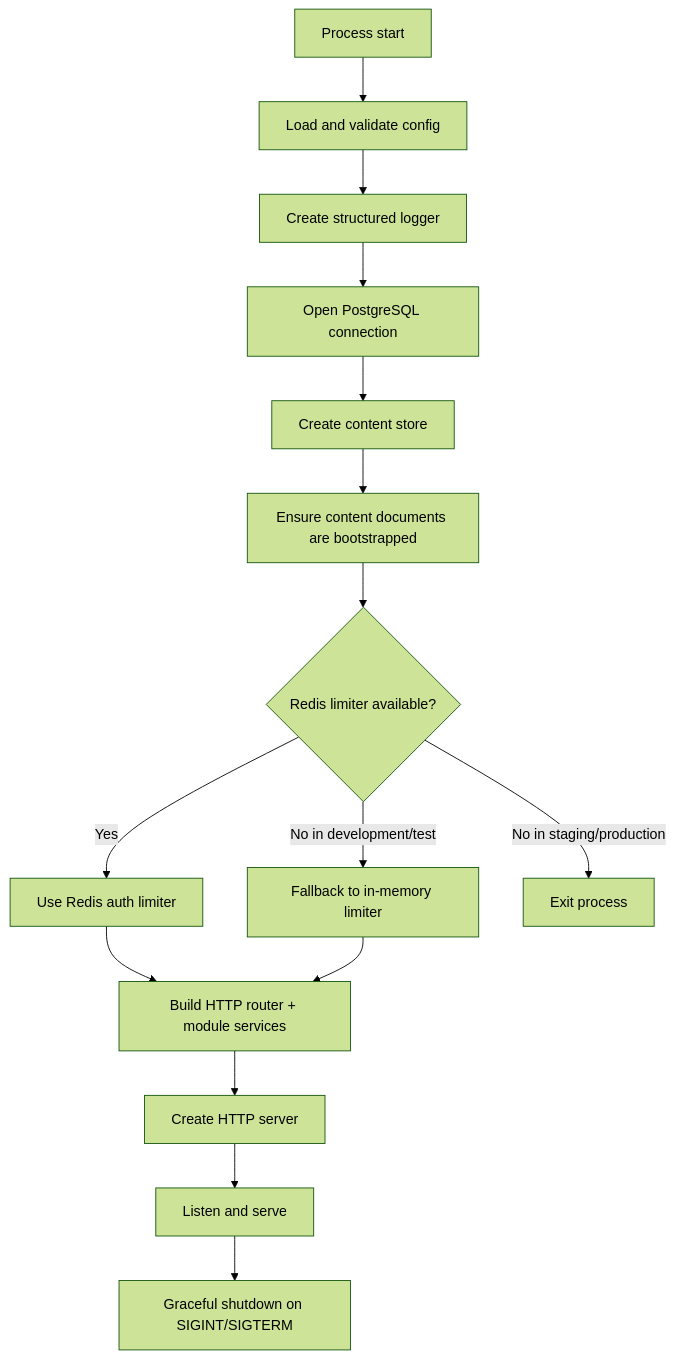
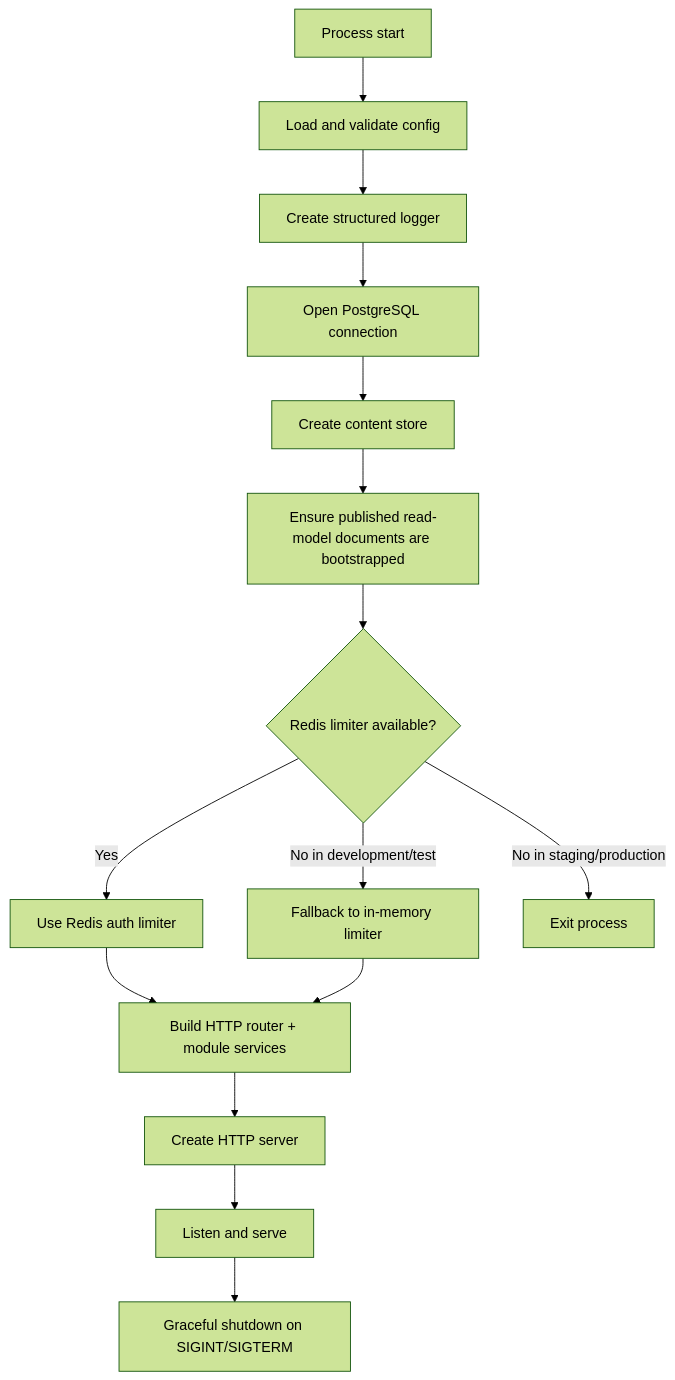
Before and after one commit to adyfk/bidanapp: the third of 12 diagrams in docs/system-flow-diagrams.md, drawn with Mermaid (forest theme). The commit also changed other lines of this file and 164 other files, not shown here.

````diff
--- a/docs/system-flow-diagrams.md
+++ b/docs/system-flow-diagrams.md
@@ -94,17 +94,17 @@
 ```mermaid
 flowchart TD
   start["Process start"] --> load["Load and validate config"]
   load --> logger["Create structured logger"]
   logger --> db["Open PostgreSQL connection"]
   db --> contentStore["Create content store"]
-  contentStore --> bootstrap["Ensure content documents are bootstrapped"]
+  contentStore --> bootstrap["Ensure published read-model documents are bootstrapped"]
   bootstrap --> limiter{"Redis limiter available?"}
   limiter -- "Yes" --> redisLimiter["Use Redis auth limiter"]
   limiter -- "No in development/test" --> memoryLimiter["Fallback to in-memory limiter"]
   limiter -- "No in staging/production" --> fail["Exit process"]
   redisLimiter --> router["Build HTTP router + module services"]
   memoryLimiter --> router
   router --> server["Create HTTP server"]
   server --> serve["Listen and serve"]
   serve --> shutdown["Graceful shutdown on SIGINT/SIGTERM"]
 ```
````
